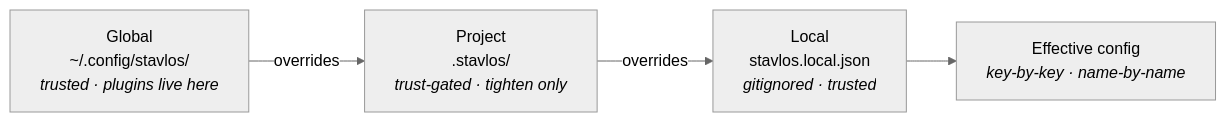
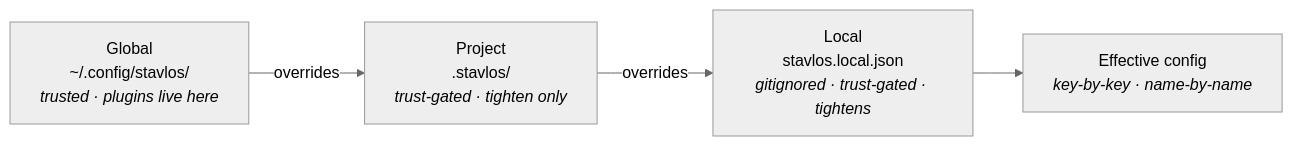
One commit to nicodes/stavlos changed the third of 4 diagrams in docs/stavlos-prd.md. Above: the diagram before and after it, drawn with Mermaid (neutral theme). The commit also changed other lines of this file and 2 other files, not shown here.

First line of the commit message:
config: stavlos.local.json is trust-gated and only tightens

````diff
--- a/docs/stavlos-prd.md
+++ b/docs/stavlos-prd.md
@@ -402,9 +402,9 @@
 ```mermaid
 flowchart LR
     G["Global<br/>~/.config/stavlos/<br/><i>trusted · plugins live here</i>"]
     P["Project<br/>.stavlos/<br/><i>trust-gated · tighten only</i>"]
-    L["Local<br/>stavlos.local.json<br/><i>gitignored · trusted</i>"]
+    L["Local<br/>stavlos.local.json<br/><i>gitignored · trust-gated · tightens</i>"]
     E["Effective config<br/><i>key-by-key · name-by-name</i>"]
 
     G -- overrides --> P -- overrides --> L --> E
 ```
````
